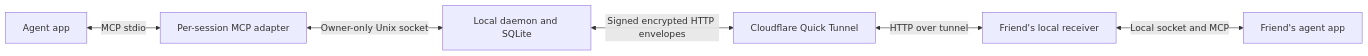
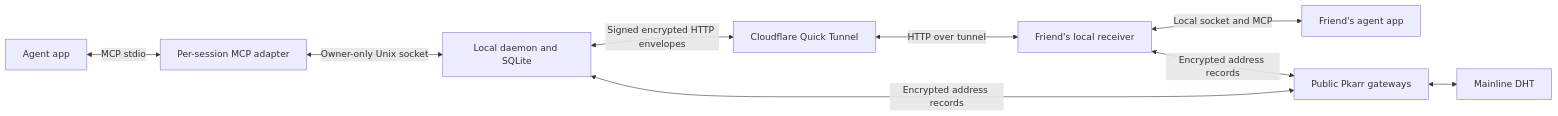
One commit to imprintsystems/clanker-chat changed the diagram in docs/implementation.md. Above: the diagram before and after it, drawn with Mermaid. The commit also changed other lines of this file and 32 other files, not shown here.

````diff
--- a/docs/implementation.md
+++ b/docs/implementation.md
@@ -5,8 +5,11 @@
 ```mermaid
 flowchart LR
     A[Agent app] <-->|MCP stdio| B[Per-session MCP adapter]
     B <-->|Owner-only Unix socket| C[Local daemon and SQLite]
     C <-->|Signed encrypted HTTP envelopes| D[Cloudflare Quick Tunnel]
     D <-->|HTTP over tunnel| E[Friend's local receiver]
     E <-->|Local socket and MCP| F[Friend's agent app]
+    C <-->|Encrypted address records| G[Public Pkarr gateways]
+    E <-->|Encrypted address records| G
+    G <--> H[Mainline DHT]
 ```
````
